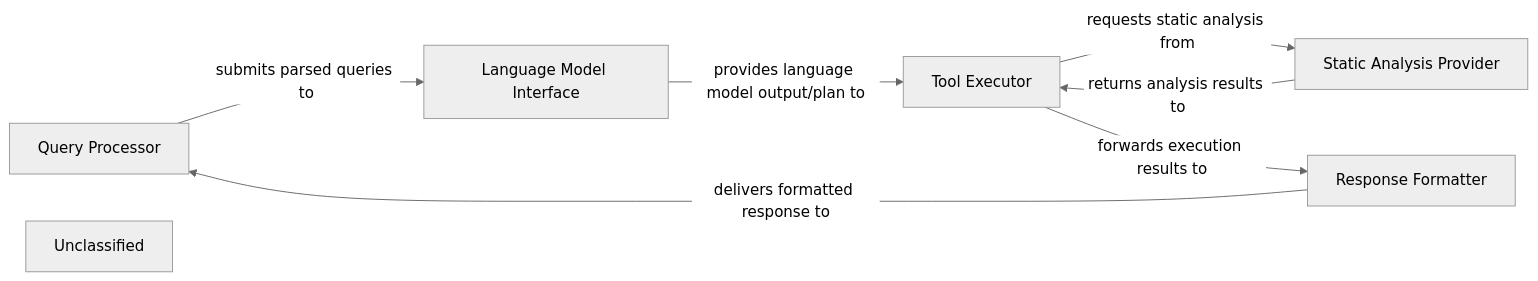
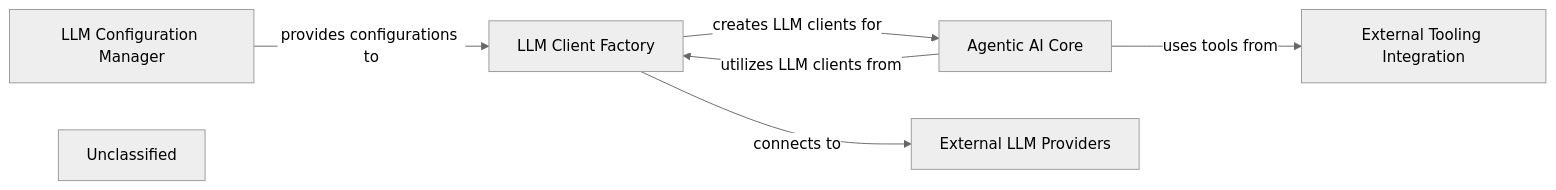
The second of 7 diagrams in docs/development/architecture.md (CodeBoarding/CodeBoarding), drawn with Mermaid (neutral theme) before and after one commit. The commit also changed other lines of this file and 19 other files, not shown here.

First line of the commit message:
docs: update codeboarding documentation and generate architecture

````diff
--- a/docs/development/architecture.md
+++ b/docs/development/architecture.md
@@ -3,15 +70,14 @@
 ```mermaid
 graph LR
-    Query_Processor["Query Processor"]
-    Language_Model_Interface["Language Model Interface"]
-    Tool_Executor["Tool Executor"]
-    Static_Analysis_Provider["Static Analysis Provider"]
-    Response_Formatter["Response Formatter"]
+    LLM_Configuration_Manager["LLM Configuration Manager"]
+    LLM_Client_Factory["LLM Client Factory"]
+    Agentic_AI_Core["Agentic AI Core"]
+    External_Tooling_Integration["External Tooling Integration"]
+    External_LLM_Providers["External LLM Providers"]
     Unclassified["Unclassified"]
-    Query_Processor -- "submits parsed queries to" --> Language_Model_Interface
-    Language_Model_Interface -- "provides language model output/plan to" --> Tool_Executor
-    Tool_Executor -- "requests static analysis from" --> Static_Analysis_Provider
-    Static_Analysis_Provider -- "returns analysis results to" --> Tool_Executor
-    Tool_Executor -- "forwards execution results to" --> Response_Formatter
-    Response_Formatter -- "delivers formatted response to" --> Query_Processor
+    LLM_Configuration_Manager -- "provides configurations to" --> LLM_Client_Factory
+    LLM_Client_Factory -- "creates LLM clients for" --> Agentic_AI_Core
+    Agentic_AI_Core -- "utilizes LLM clients from" --> LLM_Client_Factory
+    Agentic_AI_Core -- "uses tools from" --> External_Tooling_Integration
+    LLM_Client_Factory -- "connects to" --> External_LLM_Providers
 ```
````
